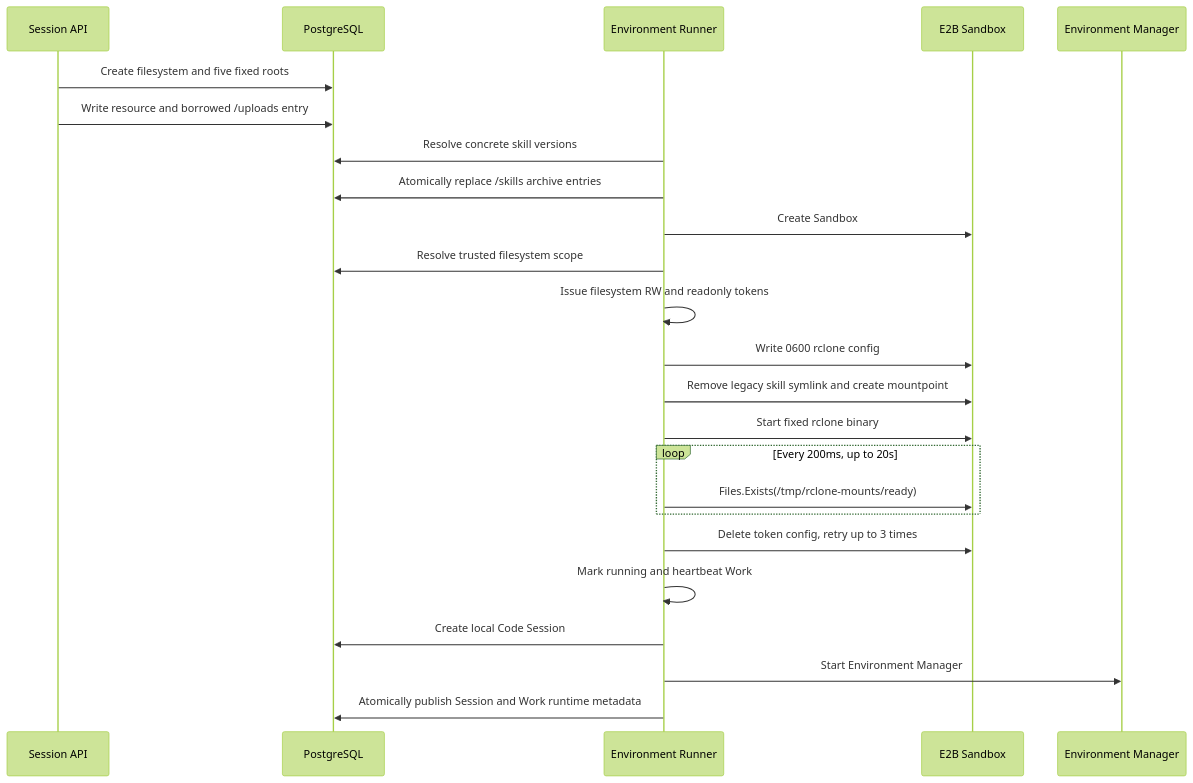
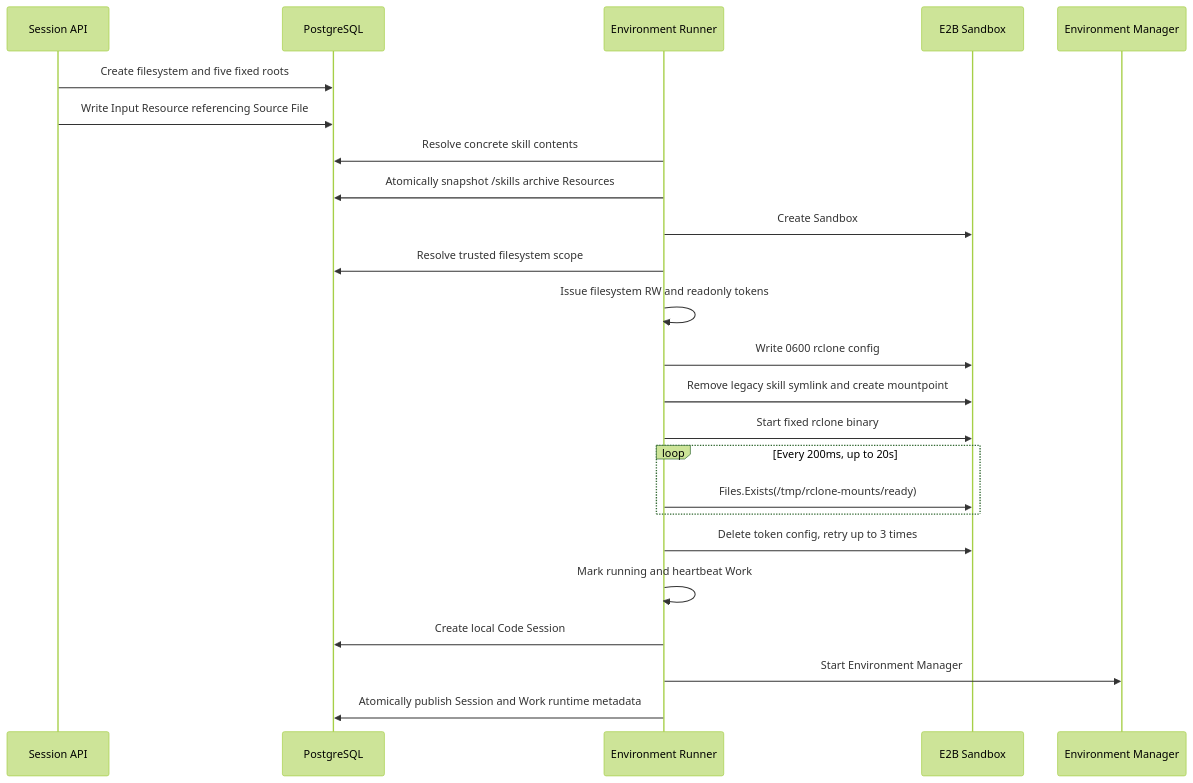
The second of 4 diagrams in docs/design/be/filestore.md (Postroggy/open-managed-agents), drawn with Mermaid (forest theme) before and after one commit. The commit also changed other lines of this file and 97 other files, not shown here.

````diff
--- a/docs/design/be/filestore.md
+++ b/docs/design/be/filestore.md
@@ -140,26 +149,26 @@
 ```mermaid
 sequenceDiagram
     participant A as Session API
     participant D as PostgreSQL
     participant R as Environment Runner
     participant E as E2B Sandbox
     participant M as Environment Manager
     A->>D: Create filesystem and five fixed roots
-    A->>D: Write resource and borrowed /uploads entry
-    R->>D: Resolve concrete skill versions
-    R->>D: Atomically replace /skills archive entries
+    A->>D: Write Input Resource referencing Source File
+    R->>D: Resolve concrete skill contents
+    R->>D: Atomically snapshot /skills archive Resources
     R->>E: Create Sandbox
     R->>D: Resolve trusted filesystem scope
     R->>R: Issue filesystem RW and readonly tokens
     R->>E: Write 0600 rclone config
     R->>E: Remove legacy skill symlink and create mountpoint
     R->>E: Start fixed rclone binary
     loop Every 200ms, up to 20s
         R->>E: Files.Exists(/tmp/rclone-mounts/ready)
     end
     R->>E: Delete token config, retry up to 3 times
     R->>R: Mark running and heartbeat Work
     R->>D: Create local Code Session
     R->>M: Start Environment Manager
     R->>D: Atomically publish Session and Work runtime metadata
 ```
````
